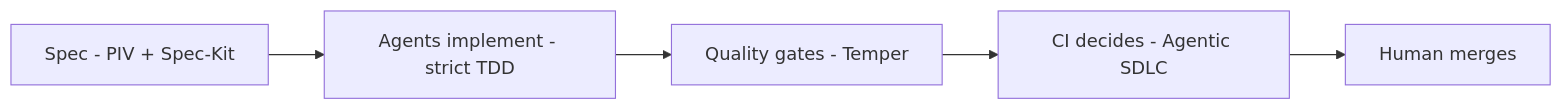
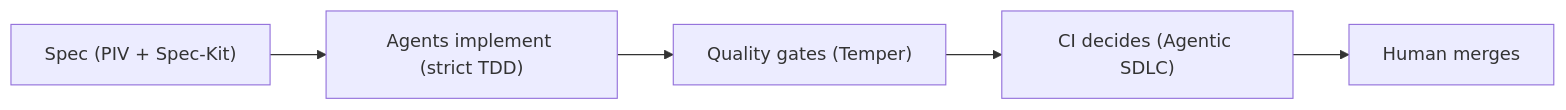
Before and after one commit to galando/galando: the diagram in README.md, drawn with Mermaid. The commit also changed other lines of this file, not shown here.

Commit message:
Replace sentence dashes with parentheses and colons
Claude-Session: https://claude.ai/code/session_01K3HHCDfotvwnMotPkaYEvP

````diff
--- a/README.md
+++ b/README.md
@@ -57,7 +57,7 @@
 ```mermaid
 flowchart LR
-    spec["Spec - PIV + Spec-Kit"] --> impl["Agents implement - strict TDD"]
-    impl --> gates["Quality gates - Temper"]
-    gates --> ci["CI decides - Agentic SDLC"]
+    spec["Spec (PIV + Spec-Kit)"] --> impl["Agents implement (strict TDD)"]
+    impl --> gates["Quality gates (Temper)"]
+    gates --> ci["CI decides (Agentic SDLC)"]
     ci --> merge["Human merges"]
 ```
````
